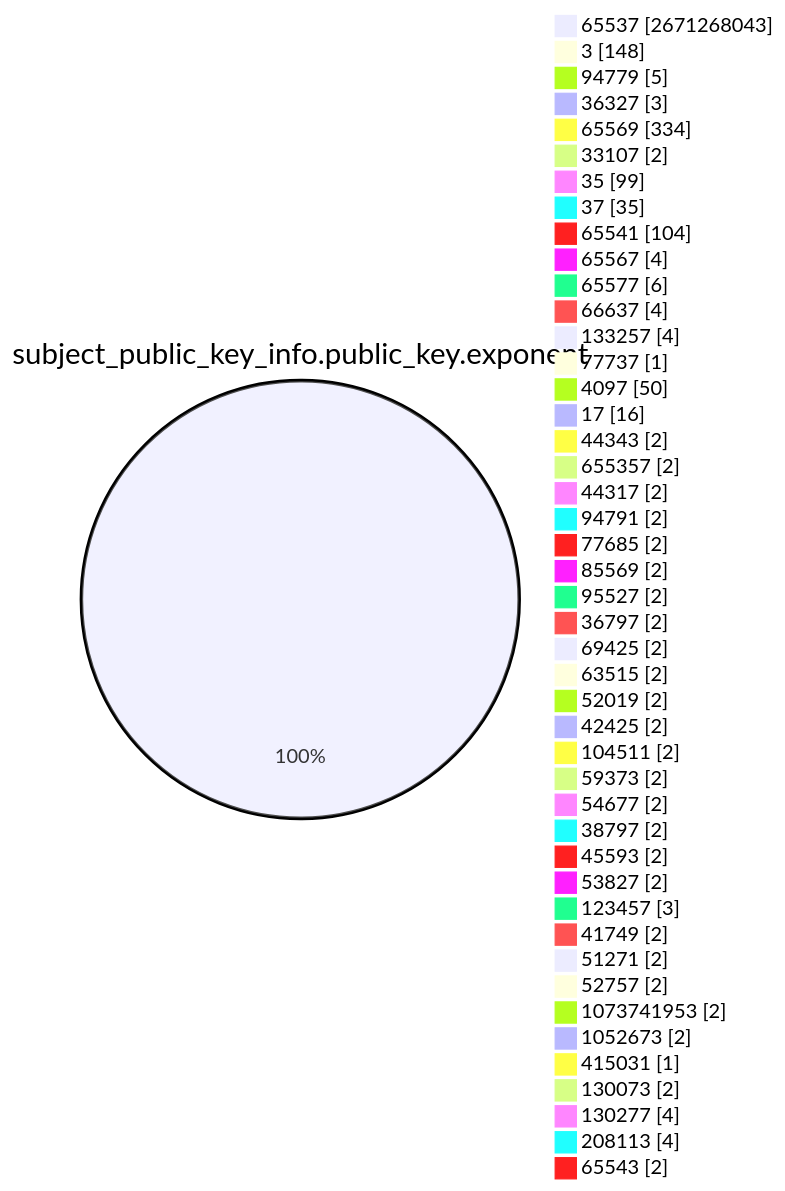
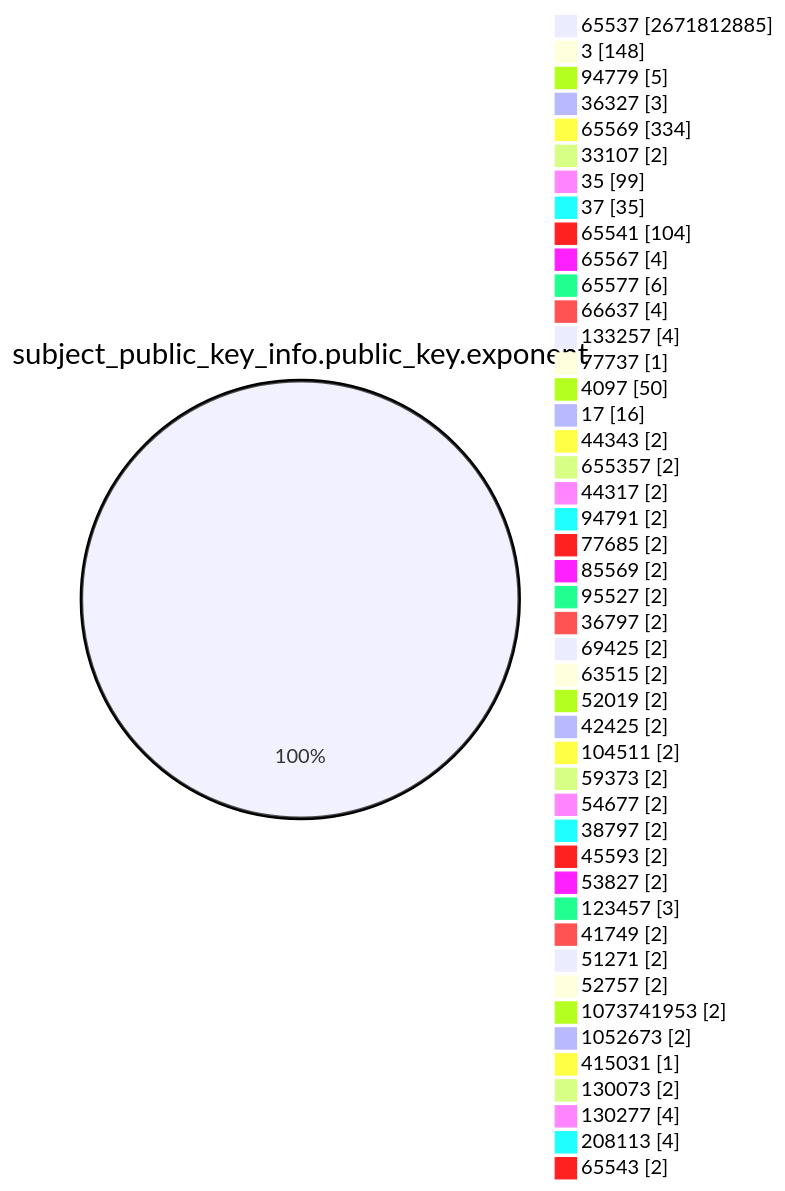
One commit to christiankrug/ctmonitor_visualization changed the fourth of 15 diagrams in TOTAL/README.md. Above: the diagram before and after it, drawn with Mermaid. The commit also changed other lines of this file, not shown here.

````diff
--- a/TOTAL/README.md
+++ b/TOTAL/README.md
@@ -1467,49 +1467,49 @@
 ```mermaid
 pie showData
 title subject_public_key_info.public_key.exponent
-"65537" :2671268043
+"65537" :2671812885
 "3" :148
 "94779" :5
 "36327" :3
 "65569" :334
 "33107" :2
 "35" :99
 "37" :35
 "65541" :104
 "65567" :4
 "65577" :6
 "66637" :4
 "133257" :4
 "77737" :1
 "4097" :50
 "17" :16
 "44343" :2
 "655357" :2
 "44317" :2
 "94791" :2
 "77685" :2
 "85569" :2
 "95527" :2
 "36797" :2
 "69425" :2
 "63515" :2
 "52019" :2
 "42425" :2
 "104511" :2
 "59373" :2
 "54677" :2
 "38797" :2
 "45593" :2
 "53827" :2
 "123457" :3
 "41749" :2
 "51271" :2
 "52757" :2
 "1073741953" :2
 "1052673" :2
 "415031" :1
 "130073" :2
 "130277" :4
 "208113" :4
 "65543" :2
 ```
````
